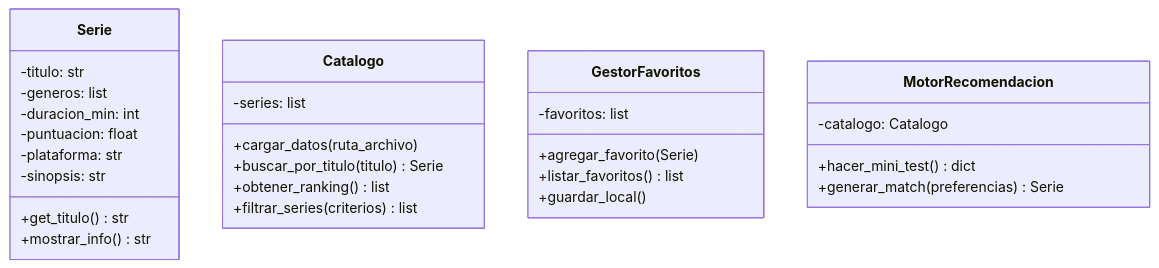
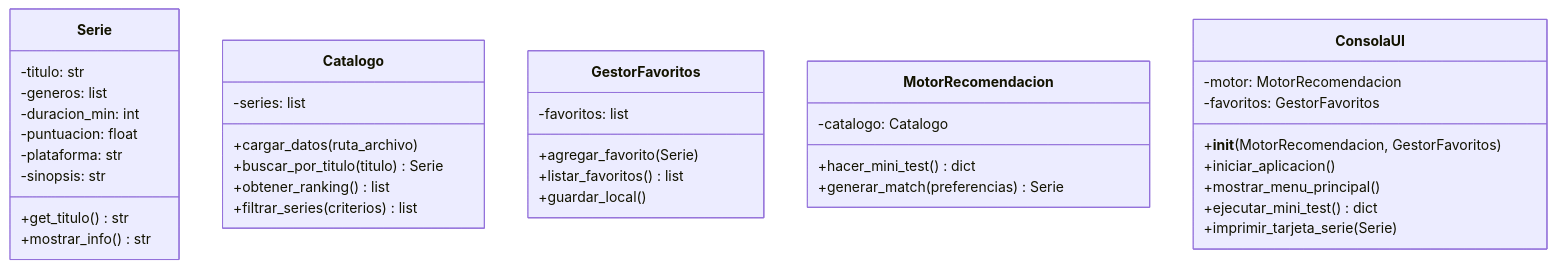
One commit to TomasAybar/SerieMatch changed the diagram in docs/03-diagrama-clases.md. Above: the diagram before and after it, drawn with Mermaid. The commit also changed 3 other files, not shown here.

````diff
--- a/docs/03-diagrama-clases.md
+++ b/docs/03-diagrama-clases.md
@@ -5,34 +5,44 @@
 ```mermaid
 classDiagram
     class Serie {
         -titulo: str
         -generos: list
         -duracion_min: int
         -puntuacion: float
         -plataforma: str
         -sinopsis: str
         +get_titulo() str
         +mostrar_info() str
     }
 
     class Catalogo {
         -series: list
         +cargar_datos(ruta_archivo)
         +buscar_por_titulo(titulo) Serie
         +obtener_ranking() list
         +filtrar_series(criterios) list
     }
 
     class GestorFavoritos {
         -favoritos: list
         +agregar_favorito(Serie)
         +listar_favoritos() list
         +guardar_local()
     }
 
     class MotorRecomendacion {
         -catalogo: Catalogo
         +hacer_mini_test() dict
         +generar_match(preferencias) Serie
     }
+
+    class ConsolaUI {
+        -motor: MotorRecomendacion
+        -favoritos: GestorFavoritos
+        +__init__(MotorRecomendacion, GestorFavoritos)
+        +iniciar_aplicacion()
+        +mostrar_menu_principal()
+        +ejecutar_mini_test() dict
+        +imprimir_tarjeta_serie(Serie)
+    }
 ```
````
